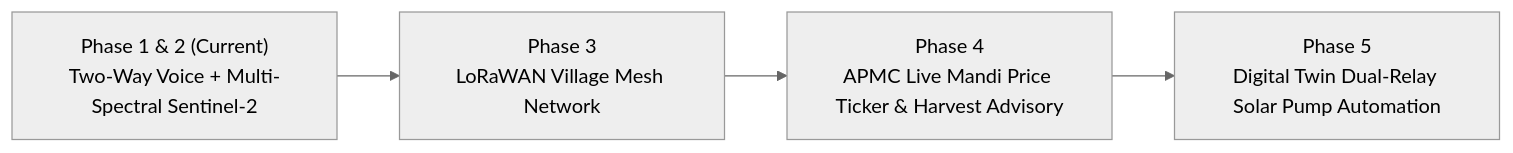
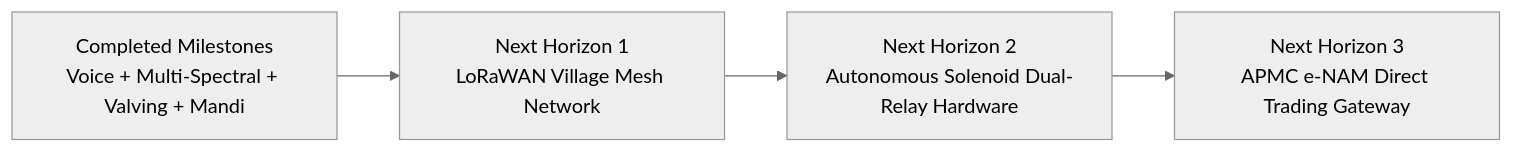
Before and after one commit to Ayush123141/demo-scope-compass: the diagram in roadmap.md, drawn with Mermaid (neutral theme). The commit also changed other lines of this file and 5 other files, not shown here.

Commit message:
feat: implement Phase C Solenoid Valve Digital Twin & Phase D APMC Mandi Profit Maximizer

````diff
--- a/roadmap.md
+++ b/roadmap.md
@@ -105,6 +125,6 @@
 ```mermaid
 flowchart LR
-    A["Phase 1 & 2 (Current)\nTwo-Way Voice + Multi-Spectral Sentinel-2"] --> B["Phase 3\nLoRaWAN Village Mesh Network"]
-    B --> C["Phase 4\nAPMC Live Mandi Price Ticker & Harvest Advisory"]
-    C --> D["Phase 5\nDigital Twin Dual-Relay Solar Pump Automation"]
+    A["Completed Milestones\nVoice + Multi-Spectral + Valving + Mandi"] --> B["Next Horizon 1\nLoRaWAN Village Mesh Network"]
+    B --> C["Next Horizon 2\nAutonomous Solenoid Dual-Relay Hardware"]
+    C --> D["Next Horizon 3\nAPMC e-NAM Direct Trading Gateway"]
 ```
````
